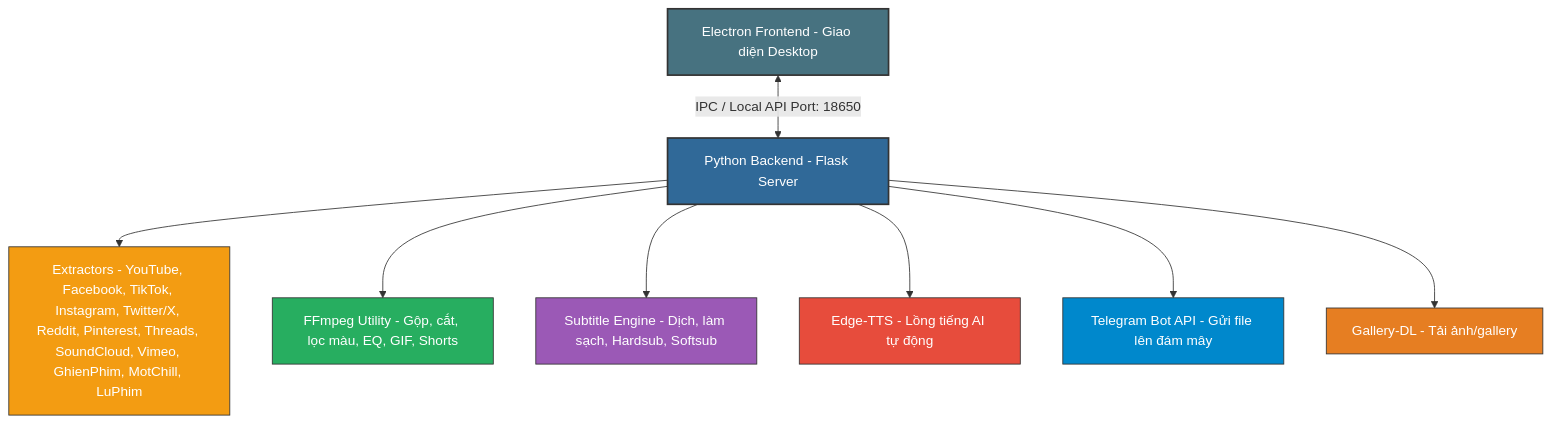
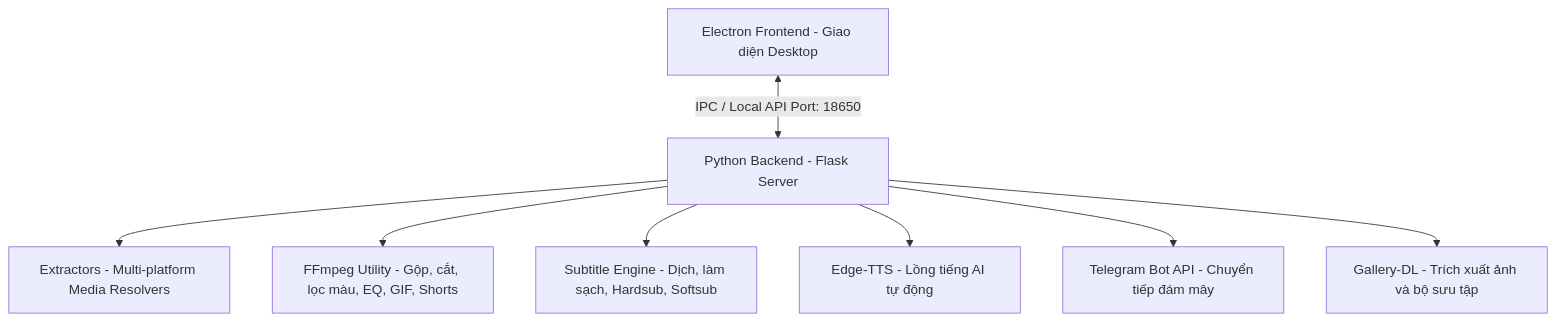
The diagram in README.md (Meikova/meikova-harvest), drawn with Mermaid before and after one commit. The commit also changed other lines of this file, not shown here.

````diff
--- a/README.md
+++ b/README.md
@@ -111,19 +85,10 @@
 ```mermaid
 graph TD
     A["Electron Frontend - Giao diện Desktop"] <-->|"IPC / Local API Port: 18650"| B["Python Backend - Flask Server"]
-    B --> C["Extractors - YouTube, Facebook, TikTok, Instagram, Twitter/X, Reddit, Pinterest, Threads, SoundCloud, Vimeo, GhienPhim, MotChill, LuPhim"]
+    B --> C["Extractors - Multi-platform Media Resolvers"]
     B --> D["FFmpeg Utility - Gộp, cắt, lọc màu, EQ, GIF, Shorts"]
     B --> E["Subtitle Engine - Dịch, làm sạch, Hardsub, Softsub"]
     B --> F["Edge-TTS - Lồng tiếng AI tự động"]
-    B --> G["Telegram Bot API - Gửi file lên đám mây"]
-    B --> H["Gallery-DL - Tải ảnh/gallery"]
-  
-    style A fill:#477280,stroke:#333,stroke-width:2px,color:#fff
-    style B fill:#306998,stroke:#333,stroke-width:2px,color:#fff
-    style C fill:#f39c12,stroke:#333,stroke-width:1px,color:#fff
-    style D fill:#27ae60,stroke:#333,stroke-width:1px,color:#fff
-    style E fill:#9b59b6,stroke:#333,stroke-width:1px,color:#fff
-    style F fill:#e74c3c,stroke:#333,stroke-width:1px,color:#fff
-    style G fill:#0088cc,stroke:#333,stroke-width:1px,color:#fff
-    style H fill:#e67e22,stroke:#333,stroke-width:1px,color:#fff
+    B --> G["Telegram Bot API - Chuyển tiếp đám mây"]
+    B --> H["Gallery-DL - Trích xuất ảnh và bộ sưu tập"]
 ```
````
